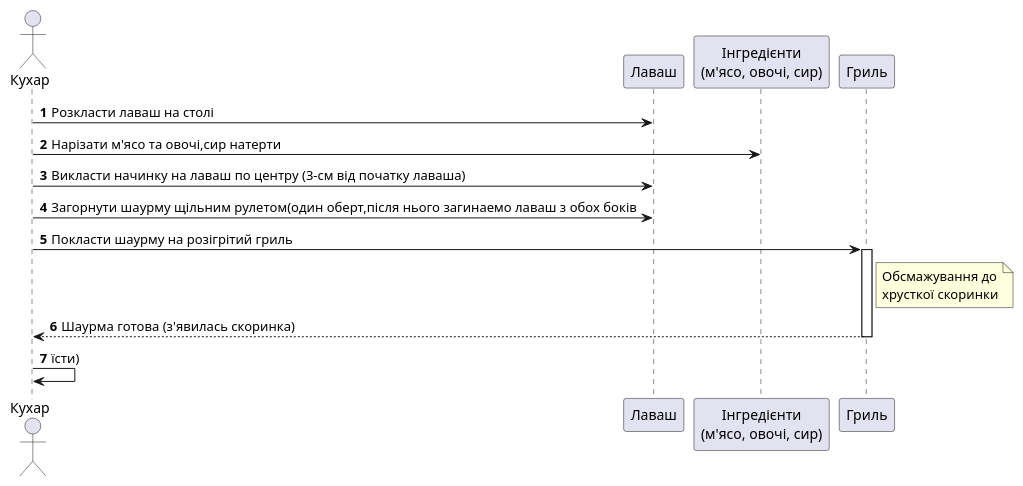
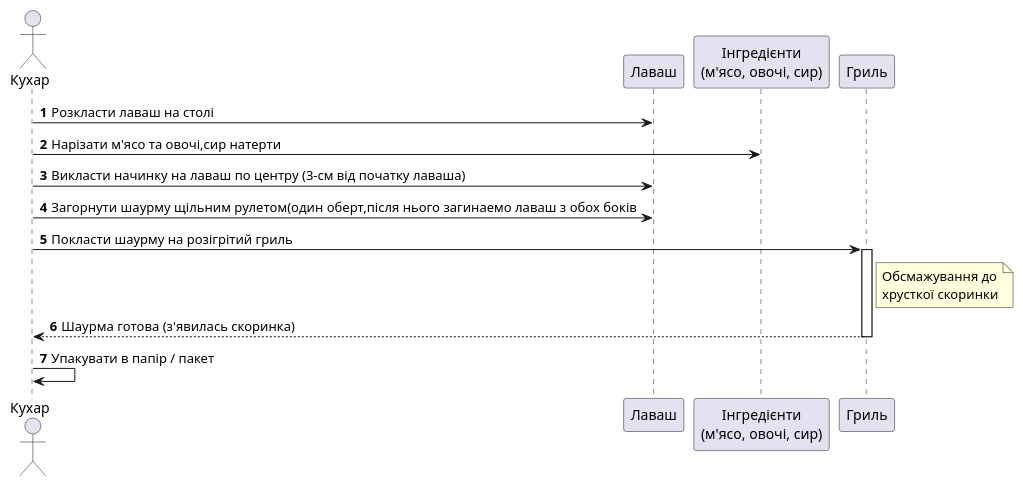
The diagram in LB-3/OleksandrVerizhenko/sequence.puml (mvoronoy/student-fiesta), drawn with PlantUML before and after one commit.

Commit message:
додав Component діаграмму

```diff
--- a/LB-3/OleksandrVerizhenko/sequence.puml
+++ b/LB-3/OleksandrVerizhenko/sequence.puml
@@ -1,23 +1,23 @@
 @startuml
 autonumber
 actor "Кухар" as cook
 participant "Лаваш" as lavash
 participant "Інгредієнти\n(м'ясо, овочі, сир)" as ingredients
 participant "Гриль" as grill
 
 cook -> lavash: Розкласти лаваш на столі
 cook -> ingredients: Нарізати м'ясо та овочі,сир натерти
 cook -> lavash: Викласти начинку на лаваш по центру (3-см від початку лаваша)
 cook -> lavash: Загорнути шаурму щільним рулетом(один оберт,після нього загинаемо лаваш з обох боків
 cook -> grill: Покласти шаурму на розігрітий гриль
 activate grill
 
 note right of grill
   Обсмажування до
   хрусткої скоринки
 end note
 
 grill --> cook: Шаурма готова (з'явилась скоринка)
 deactivate grill
-cook -> cook: їсти)
+cook -> cook: Упакувати в папір / пакет
 @enduml
```
